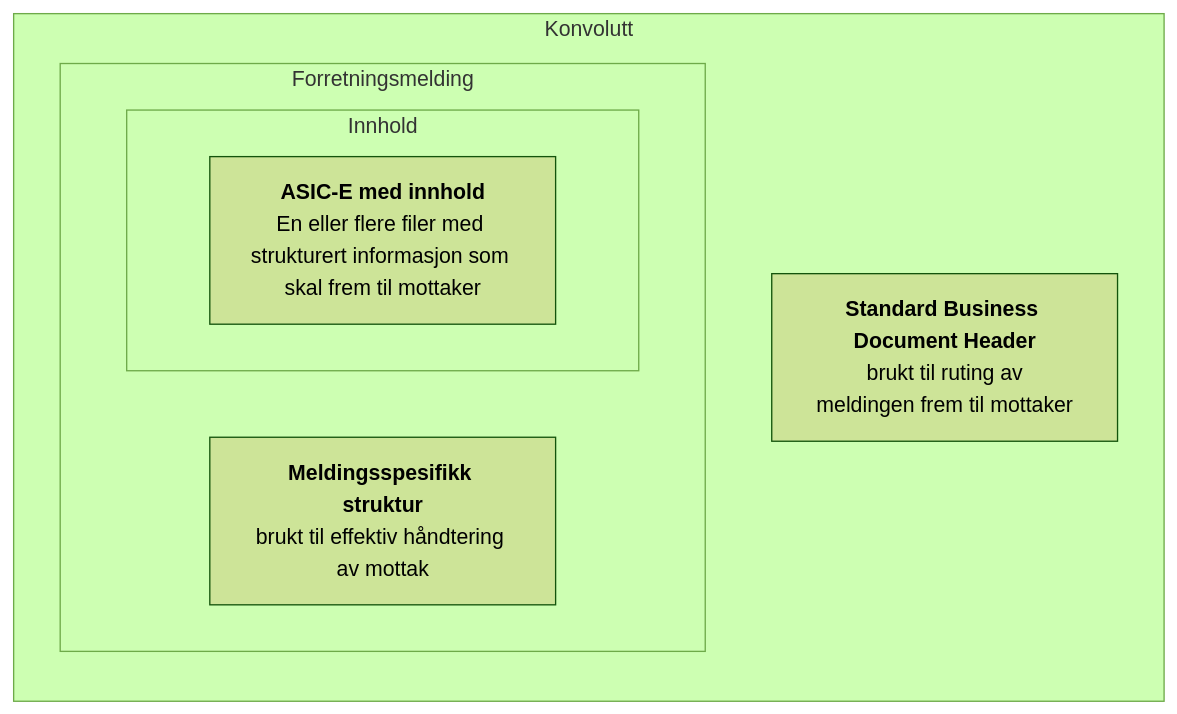
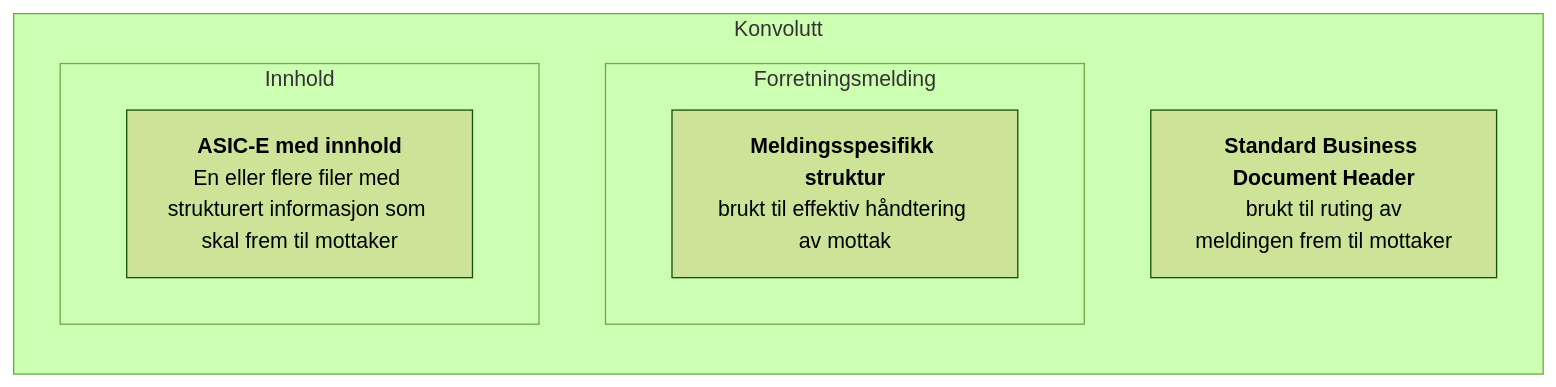
One commit to difi/move-api changed the first of 2 diagrams in docs/_pages/grensesnitt.md. Above: the diagram before and after it, drawn with Mermaid (forest theme). The commit also changed other lines of this file, not shown here.

```diff
--- a/docs/_pages/grensesnitt.md
+++ b/docs/_pages/grensesnitt.md
@@ -10,12 +10,12 @@
 <div class="mermaid">
 graph LR
 subgraph Konvolutt 
 el1[<b>Standard Business Document Header</b><br/> brukt til ruting av meldingen frem til mottaker]
 subgraph Forretningsmelding
 el2[<b>Meldingsspesifikk struktur</b><br/>brukt til effektiv håndtering av mottak]
+end
 subgraph Innhold
 el3[<b>ASIC-E med innhold</b><br/>En eller flere filer med strukturert informasjon som skal frem til mottaker]
 end
 end
-end
 </div>
```
